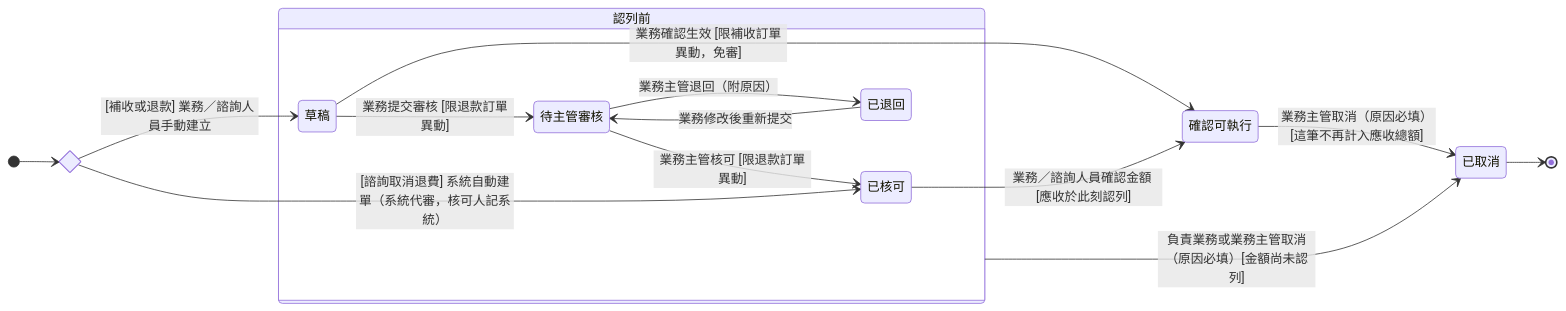
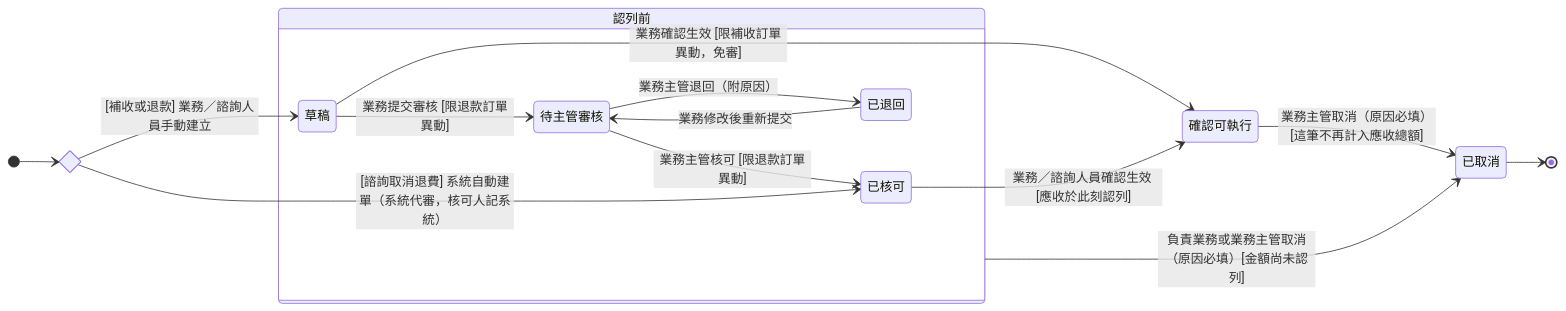
One commit to Kawato-Miles/erp-spec changed the diagram in memory/Sens_wiki/wiki/erp/06-state-machines/訂單異動狀態.md. Above: the diagram before and after it, drawn with Mermaid. The commit also changed other lines of this file and 31 other files, not shown here.

````diff
--- a/memory/Sens_wiki/wiki/erp/06-state-machines/訂單異動狀態.md
+++ b/memory/Sens_wiki/wiki/erp/06-state-machines/訂單異動狀態.md
@@ -36,33 +36,33 @@
 ```mermaid
 stateDiagram-v2
     direction LR
 
     state c_create <<choice>>
     [*] --> c_create
 
     state "認列前" as g_pre {
         state "草稿" as s_draft
         state "待主管審核" as s_pending
         state "已核可" as s_approved
         state "已退回" as s_returned
 
         s_draft --> s_pending : 業務提交審核 [限退款訂單異動]
         s_pending --> s_approved : 業務主管核可 [限退款訂單異動]
         s_pending --> s_returned : 業務主管退回（附原因）
         s_returned --> s_pending : 業務修改後重新提交
     }
 
     state "確認可執行" as s_executed
     state "已取消" as s_cancelled
 
     c_create --> s_draft : [補收或退款] 業務／諮詢人員手動建立
     c_create --> s_approved : [諮詢取消退費] 系統自動建單（系統代審，核可人記系統）
 
     s_draft --> s_executed : 業務確認生效 [限補收訂單異動，免審]
-    s_approved --> s_executed : 業務／諮詢人員確認金額 [應收於此刻認列]
+    s_approved --> s_executed : 業務／諮詢人員確認生效 [應收於此刻認列]
 
     g_pre --> s_cancelled : 負責業務或業務主管取消（原因必填）[金額尚未認列]
     s_executed --> s_cancelled : 業務主管取消（原因必填）[這筆不再計入應收總額]
 
     s_cancelled --> [*]
 ```
````
